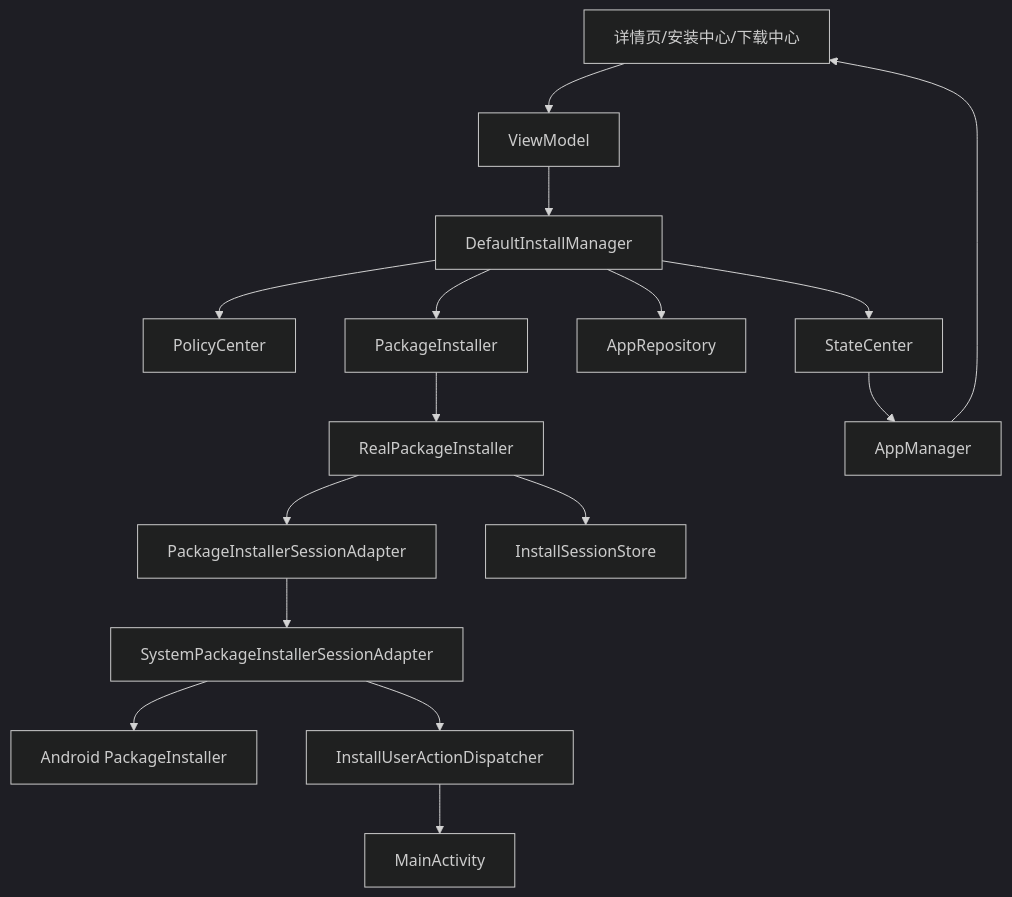
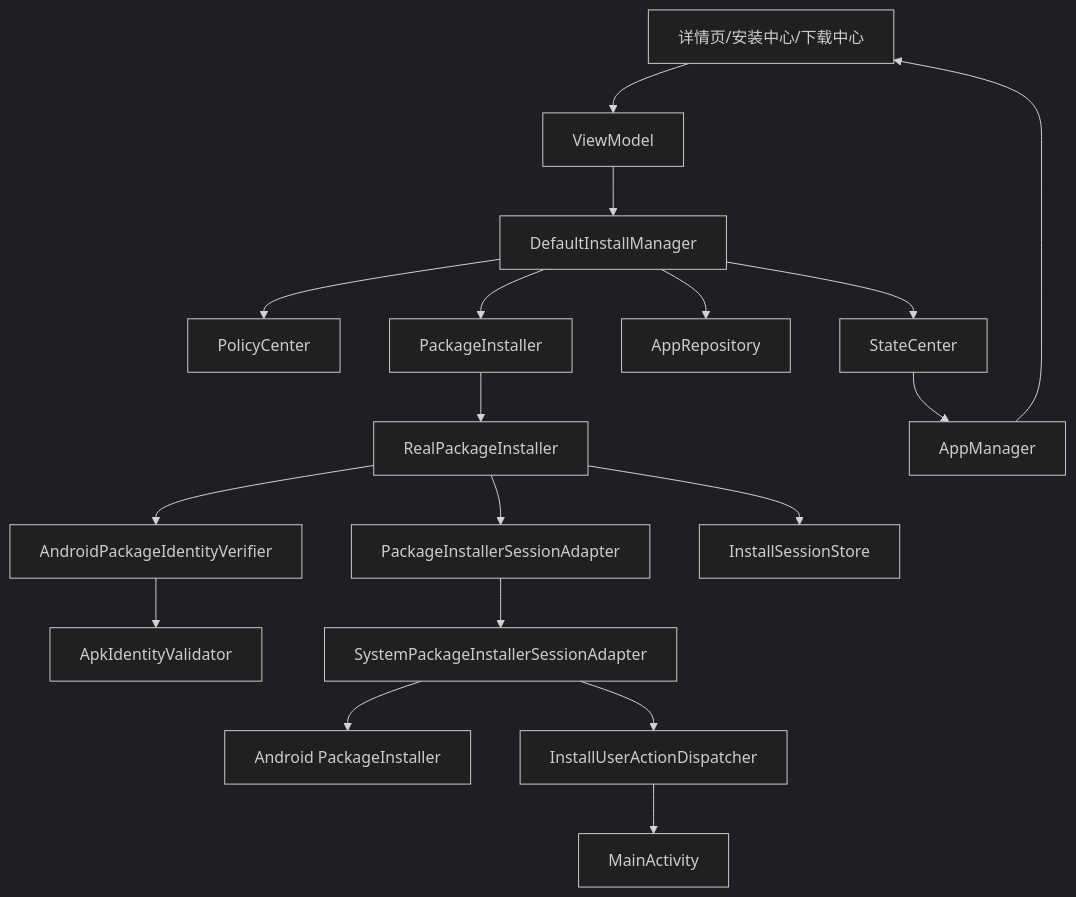
One commit to XZQ/CarAppStore changed the first of 5 diagrams in docs/10-安装模块架构与流程.md. Above: the diagram before and after it, drawn with Mermaid (dark theme). The commit also changed other lines of this file and 18 other files, not shown here.

````diff
--- a/docs/10-安装模块架构与流程.md
+++ b/docs/10-安装模块架构与流程.md
@@ -37,22 +38,24 @@
 ```mermaid
 flowchart TD
 
 UI[详情页/安装中心/下载中心] --> VM[ViewModel]
 VM --> IM[DefaultInstallManager]
 
 IM --> PC[PolicyCenter]
 IM --> SC[StateCenter]
 IM --> REPO[AppRepository]
 IM --> PI[PackageInstaller]
 
 PI --> RPI[RealPackageInstaller]
 RPI --> SA[PackageInstallerSessionAdapter]
+RPI --> AV[AndroidPackageIdentityVerifier]
+AV --> AIV[ApkIdentityValidator]
 SA --> SPI[SystemPackageInstallerSessionAdapter]
 SPI --> ANDROID[Android PackageInstaller]
 RPI --> SS[InstallSessionStore]
 SPI --> DISPATCHER[InstallUserActionDispatcher]
 
 DISPATCHER --> ACT[MainActivity]
 SC --> AM[AppManager]
 AM --> UI
 ```
````
